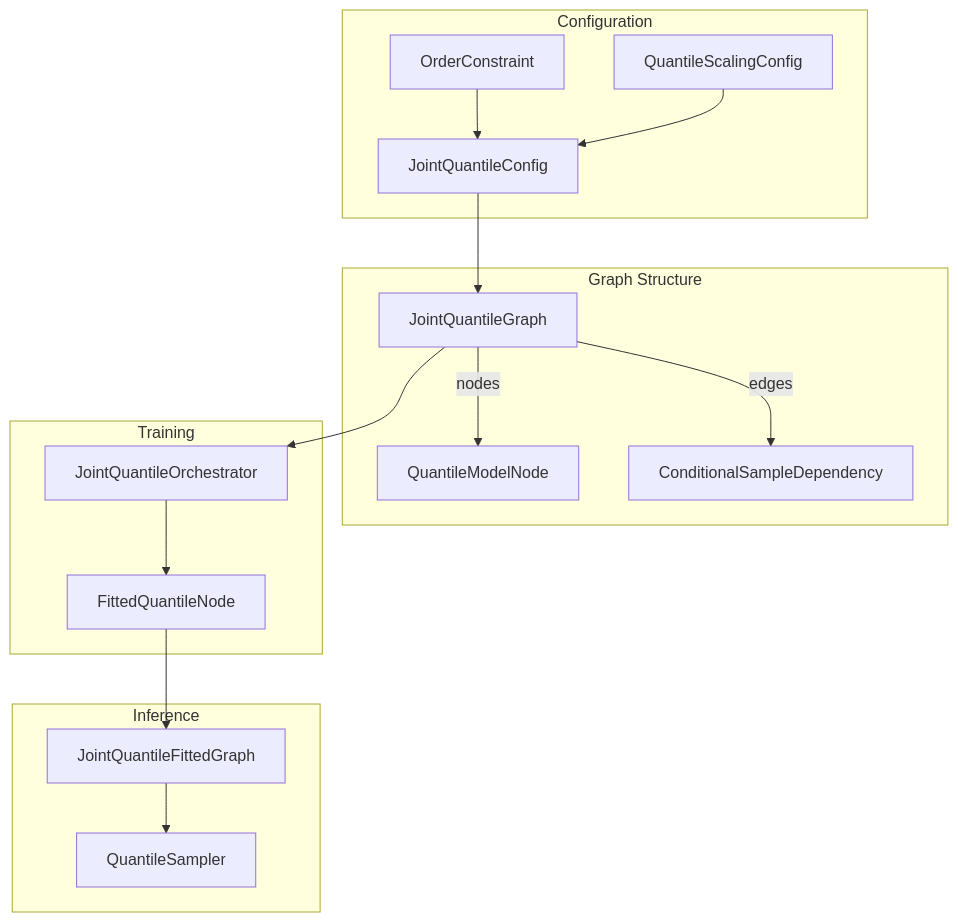
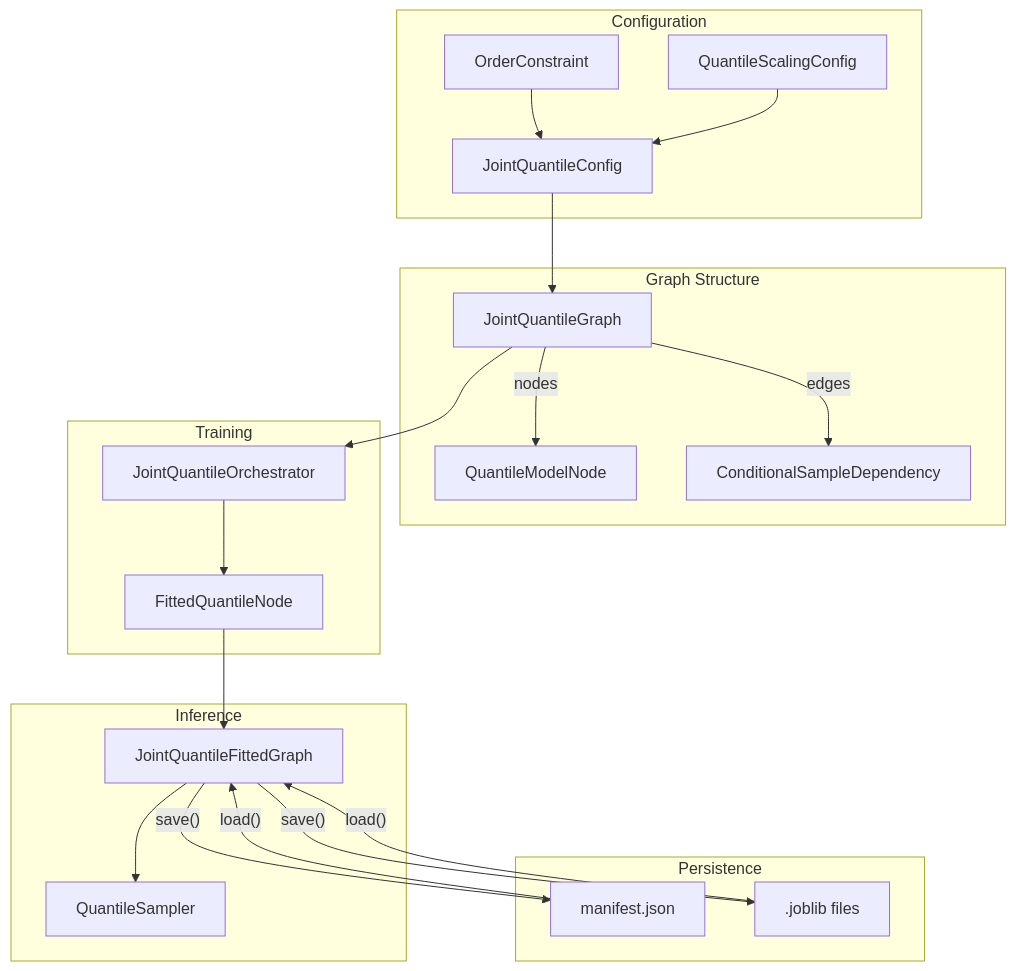
One commit to caldred/auto-sklearn changed the third of 7 diagrams in docs/joint-quantile-regression.md. Above: the diagram before and after it, drawn with Mermaid. The commit also changed other lines of this file and 2 other files, not shown here.

First line of the commit message:
Update documentation for joint quantile save/load

````diff
--- a/docs/joint-quantile-regression.md
+++ b/docs/joint-quantile-regression.md
@@ -91,34 +91,43 @@
 ```mermaid
 graph TB
     subgraph "Configuration"
         JQC[JointQuantileConfig]
         OC[OrderConstraint]
         QSC[QuantileScalingConfig]
     end
 
     subgraph "Graph Structure"
         JQG[JointQuantileGraph]
         QMN[QuantileModelNode]
         CSD[ConditionalSampleDependency]
     end
 
     subgraph "Training"
         JQO[JointQuantileOrchestrator]
         FQN[FittedQuantileNode]
     end
 
     subgraph "Inference"
         JQFG[JointQuantileFittedGraph]
         QS[QuantileSampler]
     end
 
+    subgraph "Persistence"
+        MF[manifest.json]
+        JL[.joblib files]
+    end
+
     JQC --> JQG
     OC --> JQC
     QSC --> JQC
     JQG --> |"nodes"| QMN
     JQG --> |"edges"| CSD
     JQG --> JQO
     JQO --> FQN
     FQN --> JQFG
     JQFG --> QS
+    JQFG --> |"save()"| MF
+    JQFG --> |"save()"| JL
+    MF --> |"load()"| JQFG
+    JL --> |"load()"| JQFG
 ```
````
